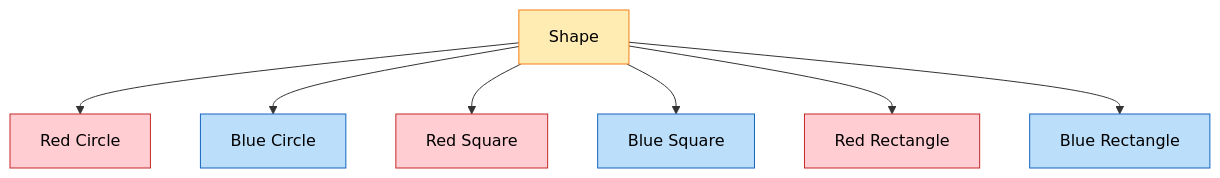
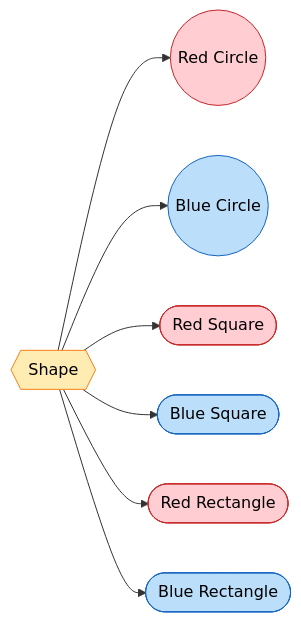
Before and after one commit to saivamsikaruturi/vamsilabs-dev-notes-main: the fourth of 4 diagrams in docs/designpatterns/structuralDesignPatterns/BridgeDesignPattern.md, drawn with Mermaid. The commit also changed other lines of this file and 146 other files, not shown here.

Commit message:
Horizontal diagrams, UML class diagrams, typography overhaul, and permalink cleanup

````diff
--- a/docs/designpatterns/structuralDesignPatterns/BridgeDesignPattern.md
+++ b/docs/designpatterns/structuralDesignPatterns/BridgeDesignPattern.md
@@ -70,25 +114,25 @@
 ```mermaid
-flowchart TD
-    Shape["Shape"]
-    RC["Red Circle"]
-    BC["Blue Circle"]
-    RS["Red Square"]
-    BS["Blue Square"]
-    RR["Red Rectangle"]
-    BR["Blue Rectangle"]
+flowchart LR
+    Shape{{"Shape"}}
+    RC(("Red Circle"))
+    BC(("Blue Circle"))
+    RS(["Red Square"])
+    BS(["Blue Square"])
+    RR(["Red Rectangle"])
+    BR(["Blue Rectangle"])
 
     Shape --> RC
     Shape --> BC
     Shape --> RS
     Shape --> BS
     Shape --> RR
     Shape --> BR
 
     style Shape fill:#ffecb3,stroke:#f57f17,color:#000
     style RC fill:#ffcdd2,stroke:#c62828,color:#000
     style BC fill:#bbdefb,stroke:#1565c0,color:#000
     style RS fill:#ffcdd2,stroke:#c62828,color:#000
     style BS fill:#bbdefb,stroke:#1565c0,color:#000
     style RR fill:#ffcdd2,stroke:#c62828,color:#000
     style BR fill:#bbdefb,stroke:#1565c0,color:#000
 ```
````
